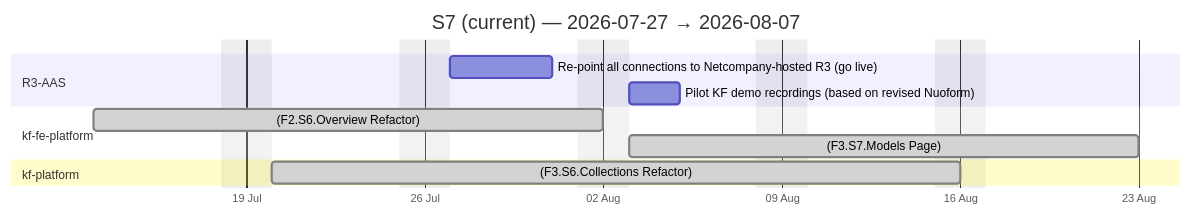
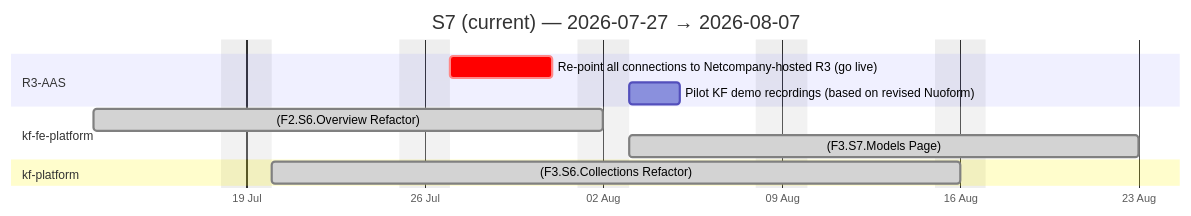
The third of 4 diagrams in docs/agile-sprints.md (Katty-Fashion/kf-cpto), drawn with Mermaid before and after one commit. The commit also changed other lines of this file and 14 other files, not shown here.

````diff
--- a/docs/agile-sprints.md
+++ b/docs/agile-sprints.md
@@ -76,16 +76,16 @@
 ```mermaid
 gantt
     title S7 (current) — 2026-07-27 → 2026-08-07
     dateFormat YYYY-MM-DD
     axisFormat %d %b
     excludes weekends
 
     section R3-AAS
-    Re-point all connections to Netcompany-hosted R3 (go live) :2026-07-27, 2026-07-31
+    Re-point all connections to Netcompany-hosted R3 (go live) :crit, 2026-07-27, 2026-07-31
     Pilot KF demo recordings (based on revised Nuoform) :2026-08-03, 2026-08-05
     section kf-fe-platform
     (F2.S6.Overview Refactor) :done, 2026-07-13, 2026-08-02
     (F3.S7.Models Page) :done, 2026-08-03, 2026-08-23
     section kf-platform
     (F3.S6.Collections Refactor) :done, 2026-07-20, 2026-08-16
 ```
````
